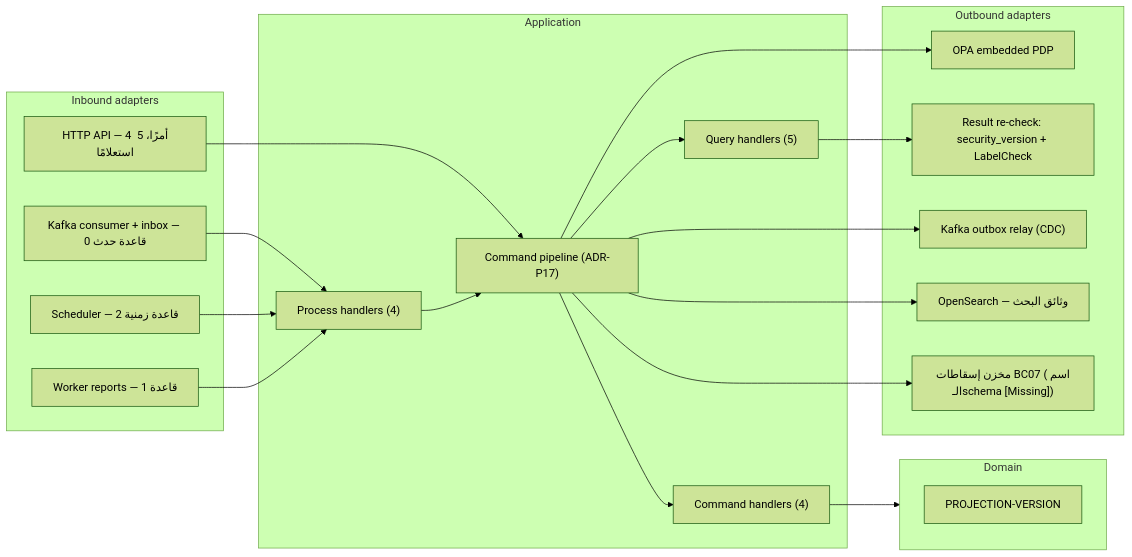
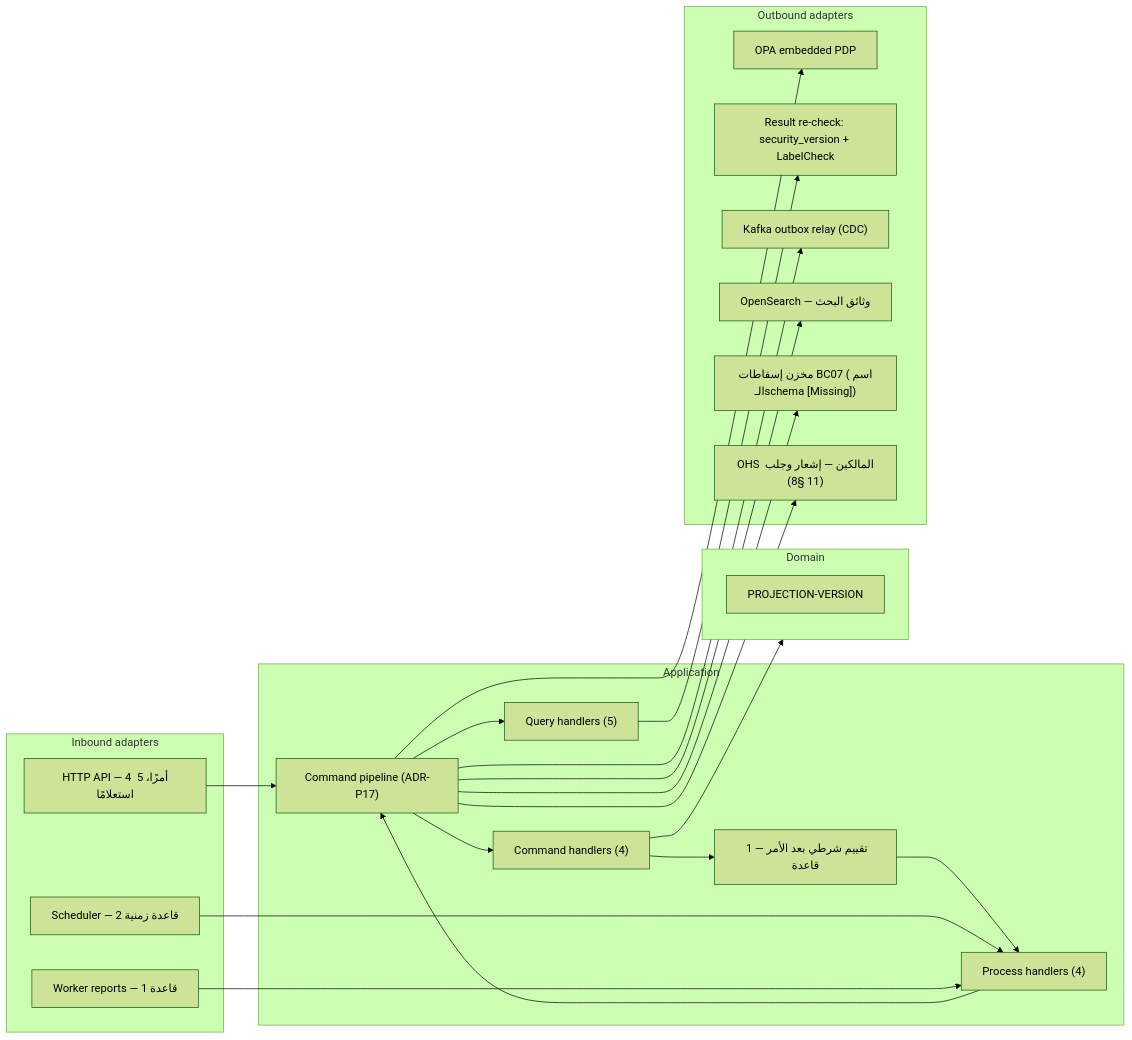
One commit to Ayoubkhattab/Planing changed the ninth of 15 diagrams in spec/18-analysis-design/12-components.md. Above: the diagram before and after it, drawn with Mermaid (forest theme). The commit also changed other lines of this file and 16 other files, not shown here.

````diff
--- a/spec/18-analysis-design/12-components.md
+++ b/spec/18-analysis-design/12-components.md
@@ -589,38 +605,41 @@
 ```mermaid
 flowchart LR
   subgraph IN["Inbound adapters"]
     HTTP["HTTP API — 4 أمرًا، 5 استعلامًا"]
-    KAFKA["Kafka consumer + inbox — 0 قاعدة حدث"]
     SCHED["Scheduler — 2 قاعدة زمنية"]
     WORK["Worker reports — 1 قاعدة"]
   end
   subgraph APP["Application"]
     PIPE["Command pipeline (ADR-P17)"]
     CH["Command handlers (4)"]
     QH["Query handlers (5)"]
+    POST["تقييم شرطي بعد الأمر — 1 قاعدة"]
     PH["Process handlers (4)"]
   end
   subgraph DOM["Domain"]
     AGG_PROJECTION_VERSION["PROJECTION-VERSION"]
   end
   subgraph OUT["Outbound adapters"]
     OPA["OPA embedded PDP"]
     RECHECK["Result re-check: security_version + LabelCheck"]
     BUS["Kafka outbox relay (CDC)"]
     XOUT0["OpenSearch — وثائق البحث"]
     XOUT1["مخزن إسقاطات BC07 (اسم الـschema [Missing])"]
+    XOUT2["OHS المالكين — إشعار وجلب (11 §8)"]
   end
   PIPE --> XOUT0
   PIPE --> XOUT1
+  PIPE --> XOUT2
   HTTP --> PIPE
-  KAFKA --> PH
+  CH --> POST
+  POST --> PH
   SCHED --> PH
   WORK --> PH
   PIPE --> CH
   PIPE --> QH
   PH --> PIPE
   CH --> DOM
   PIPE --> OPA
   QH --> RECHECK
   PIPE --> BUS
 ```
````
